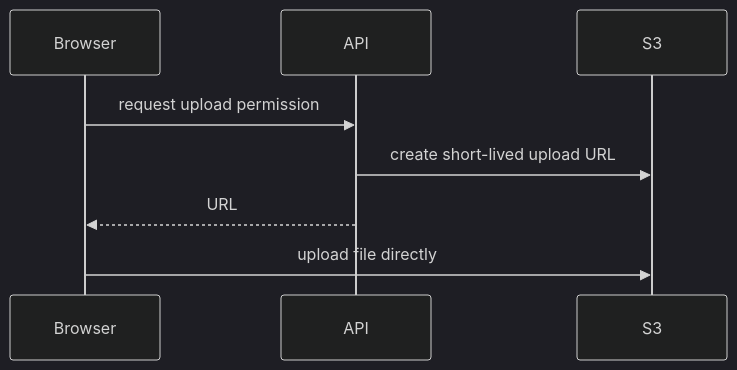
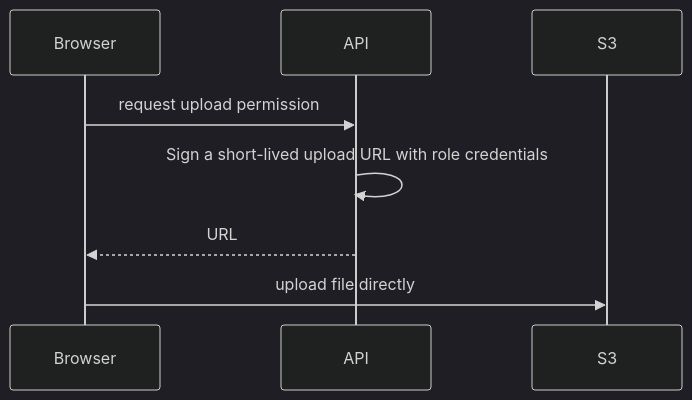
Before and after one commit to monijaman/software: the diagram in content/aws/06-s3-object-storage.md, drawn with Mermaid (dark theme). The commit also changed other lines of this file and 24 other files, not shown here.

````diff
--- a/content/aws/06-s3-object-storage.md
+++ b/content/aws/06-s3-object-storage.md
@@ -38,7 +38,7 @@
 ```mermaid
 sequenceDiagram
     Browser->>API: request upload permission
-    API->>S3: create short-lived upload URL
+    API->>API: Sign a short-lived upload URL with role credentials
     API-->>Browser: URL
     Browser->>S3: upload file directly
 ```
````
